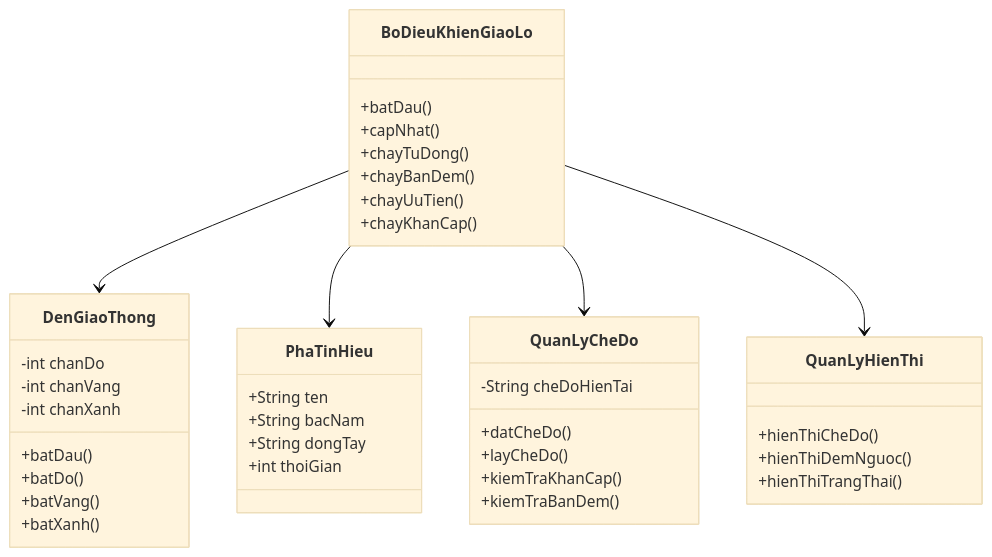
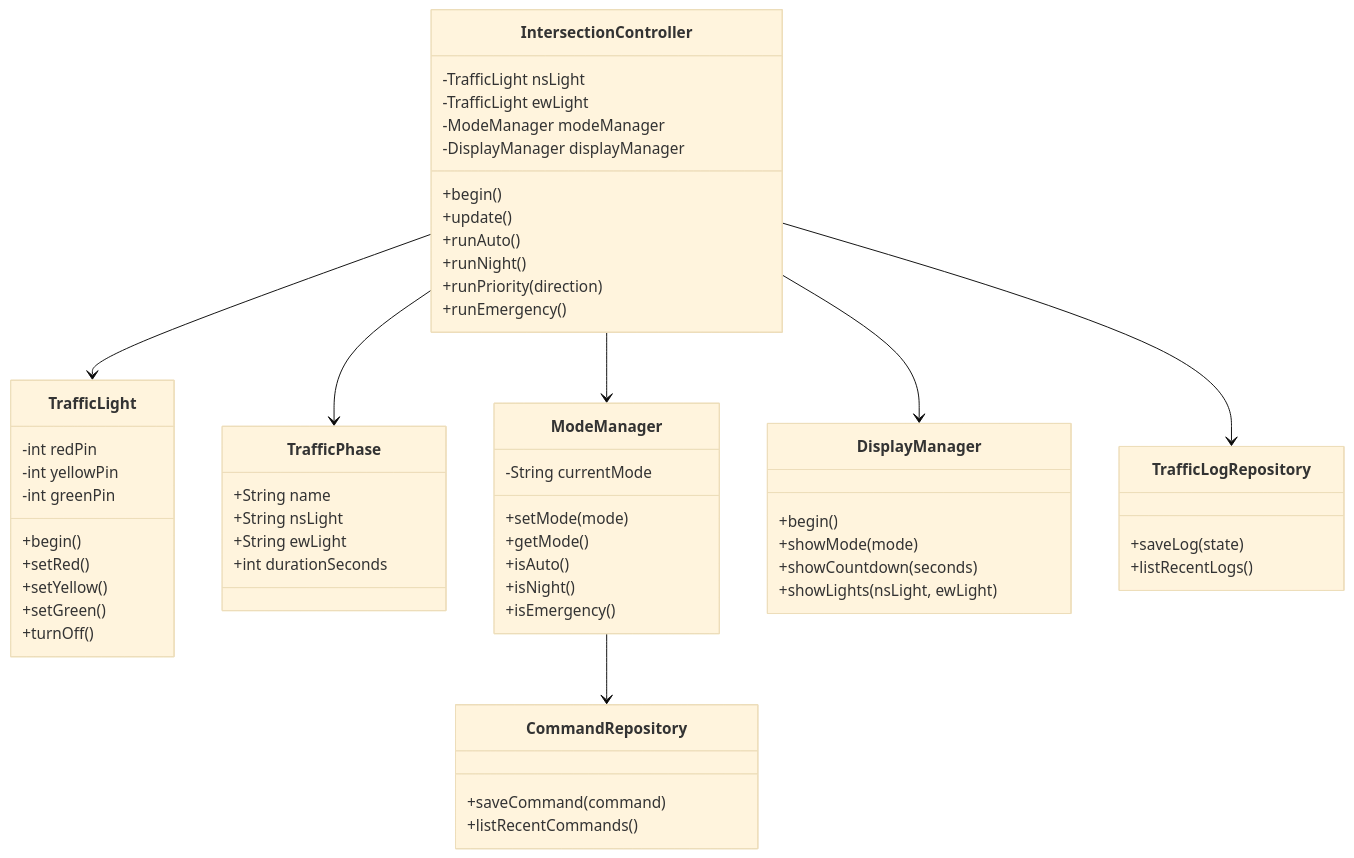
The fourth of 7 diagrams in 09_so_do_thiet_ke.md (xuanhai0913/iot-traffic-light-wokwi), drawn with Mermaid (base theme) before and after one commit. The commit also changed other lines of this file, not shown here.

````diff
--- a/09_so_do_thiet_ke.md
+++ b/09_so_do_thiet_ke.md
@@ -327,94 +146,66 @@
 ```mermaid
 classDiagram
+    class TrafficLight {
+        -int redPin
+        -int yellowPin
+        -int greenPin
+        +begin()
+        +setRed()
+        +setYellow()
+        +setGreen()
+        +turnOff()
+    }
 
+    class TrafficPhase {
+        +String name
+        +String nsLight
+        +String ewLight
+        +int durationSeconds
+    }
 
-class DenGiaoThong {
+    class ModeManager {
+        -String currentMode
+        +setMode(mode)
+        +getMode()
+        +isAuto()
+        +isNight()
+        +isEmergency()
+    }
 
--int chanDo
+    class DisplayManager {
+        +begin()
+        +showMode(mode)
+        +showCountdown(seconds)
+        +showLights(nsLight, ewLight)
+    }
 
--int chanVang
+    class IntersectionController {
+        -TrafficLight nsLight
+        -TrafficLight ewLight
+        -ModeManager modeManager
+        -DisplayManager displayManager
+        +begin()
+        +update()
+        +runAuto()
+        +runNight()
+        +runPriority(direction)
+        +runEmergency()
+    }
 
--int chanXanh
+    class CommandRepository {
+        +saveCommand(command)
+        +listRecentCommands()
+    }
 
-+batDau()
+    class TrafficLogRepository {
+        +saveLog(state)
+        +listRecentLogs()
+    }
 
-+batDo()
-
-+batVang()
-
-+batXanh()
-
-}
-
-
-
-class PhaTinHieu {
-
-+String ten
-
-+String bacNam
-
-+String dongTay
-
-+int thoiGian
-
-}
-
-
-
-class QuanLyCheDo {
-
--String cheDoHienTai
-
-+datCheDo()
-
-+layCheDo()
-
-+kiemTraKhanCap()
-
-+kiemTraBanDem()
-
-}
-
-
-
-class QuanLyHienThi {
-
-+hienThiCheDo()
-
-+hienThiDemNguoc()
-
-+hienThiTrangThai()
-
-}
-
-
-
-class BoDieuKhienGiaoLo {
-
-+batDau()
-
-+capNhat()
-
-+chayTuDong()
-
-+chayBanDem()
-
-+chayUuTien()
-
-+chayKhanCap()
-
-}
-
-
-
-BoDieuKhienGiaoLo --> DenGiaoThong
-
-BoDieuKhienGiaoLo --> PhaTinHieu
-
-BoDieuKhienGiaoLo --> QuanLyCheDo
-
-BoDieuKhienGiaoLo --> QuanLyHienThi
-
-
+    IntersectionController --> TrafficLight
+    IntersectionController --> TrafficPhase
+    IntersectionController --> ModeManager
+    IntersectionController --> DisplayManager
+    ModeManager --> CommandRepository
+    IntersectionController --> TrafficLogRepository
 ```
````
